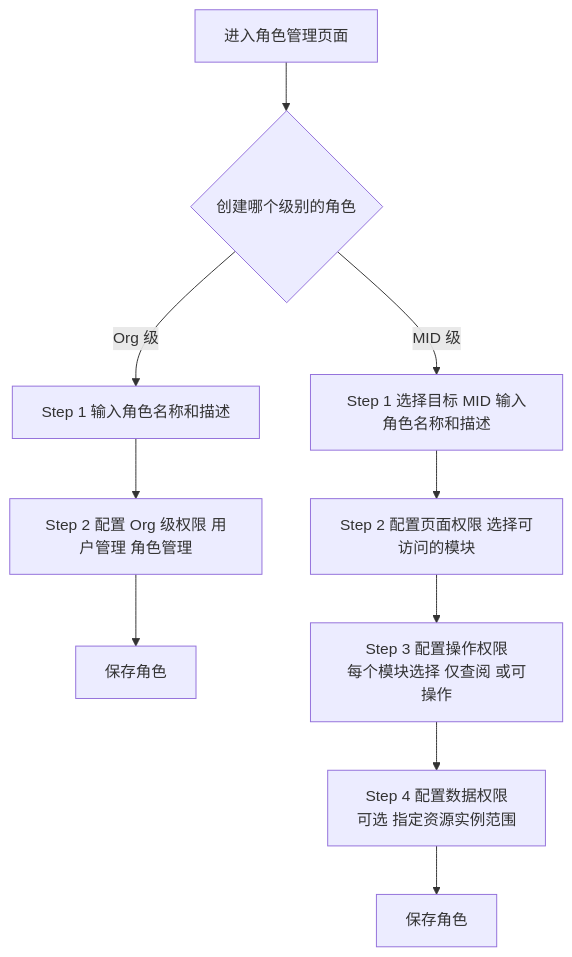
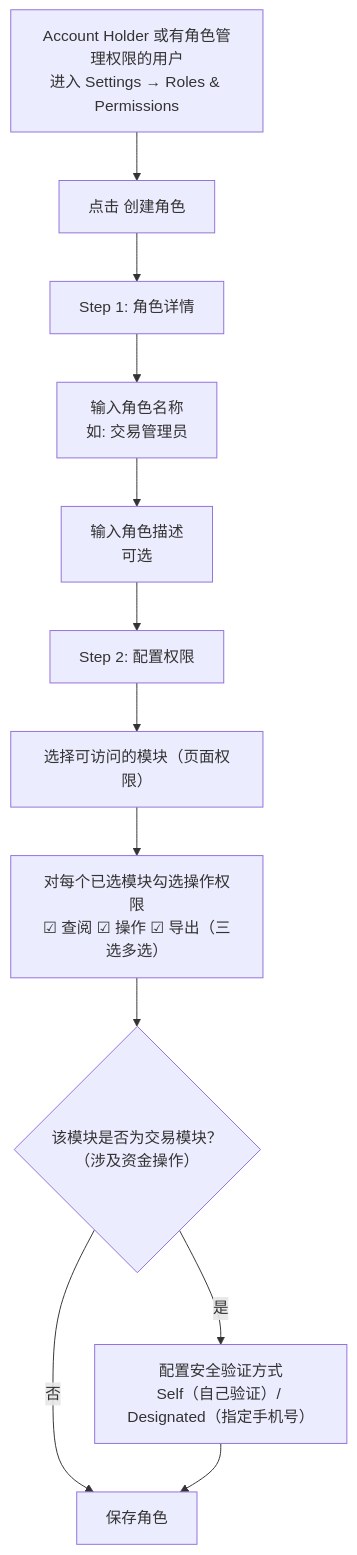
The fourth of 13 diagrams in USERPERMISSIONS/prd/Users-Roles-Permissions.md (xiaoxiaoangie/EX-NEW), drawn with Mermaid before and after one commit. The commit also changed other lines of this file and 30 other files, not shown here.

````diff
--- a/USERPERMISSIONS/prd/Users-Roles-Permissions.md
+++ b/USERPERMISSIONS/prd/Users-Roles-Permissions.md
@@ -238,16 +347,16 @@
 ```mermaid
 flowchart TD
-    A[进入角色管理页面] --> B{创建哪个级别的角色}
+    A[Account Holder 或有角色管理权限的用户<br/>进入 Settings → Roles & Permissions] --> B[点击 创建角色]
 
-    B -->|Org 级| C1[Step 1 输入角色名称和描述]
-    B -->|MID 级| C2[Step 1 选择目标 MID 输入角色名称和描述]
+    B --> C[Step 1: 角色详情]
+    C --> C1[输入角色名称<br/>如: 交易管理员]
+    C1 --> C2[输入角色描述<br/>可选]
 
-    C1 --> D1[Step 2 配置 Org 级权限 用户管理 角色管理]
-    C2 --> D2[Step 2 配置页面权限 选择可访问的模块]
-
-    D1 --> E1[保存角色]
-
-    D2 --> F2[Step 3 配置操作权限<br/>每个模块选择 仅查阅 或可操作]
-    F2 --> G2[Step 4 配置数据权限<br/>可选 指定资源实例范围]
-    G2 --> E2[保存角色]
+    C2 --> D[Step 2: 配置权限]
+    D --> D1["选择可访问的模块（页面权限）"]
+    D1 --> D2["对每个已选模块勾选操作权限<br/>☑ 查阅 ☑ 操作 ☑ 导出（三选多选）"]
+    D2 --> D3{"该模块是否为交易模块？<br/>（涉及资金操作）"}
+    D3 -->|是| D4["配置安全验证方式<br/>Self（自己验证）/ Designated（指定手机号）"]
+    D3 -->|否| E
+    D4 --> E[保存角色]
 ```
````
